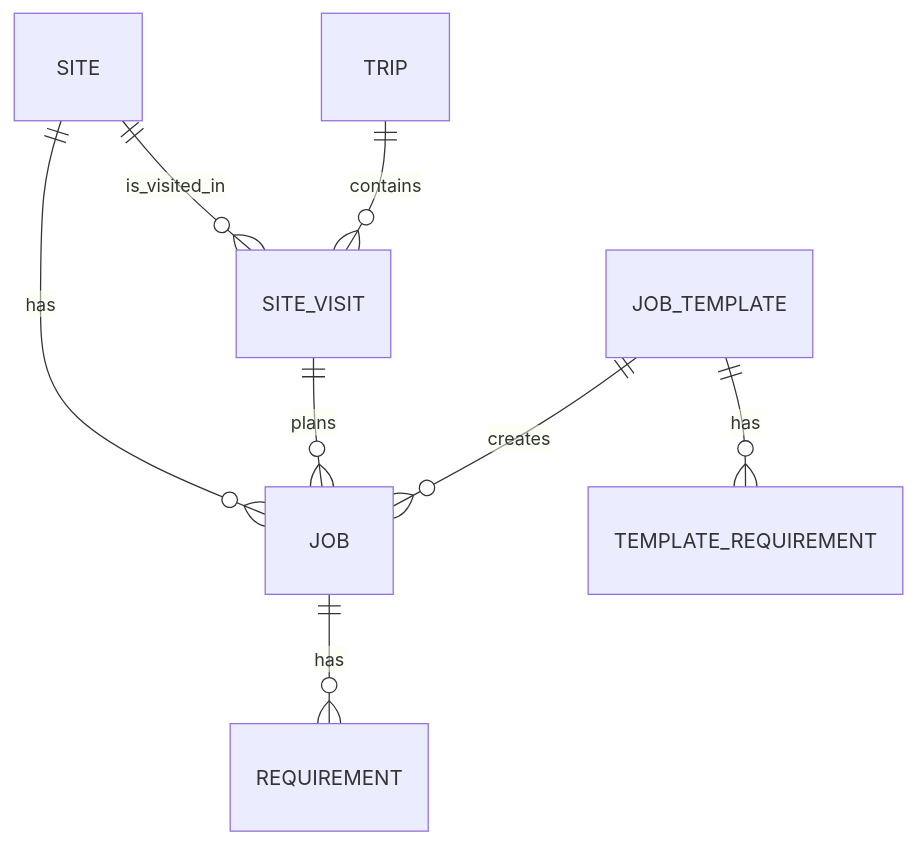
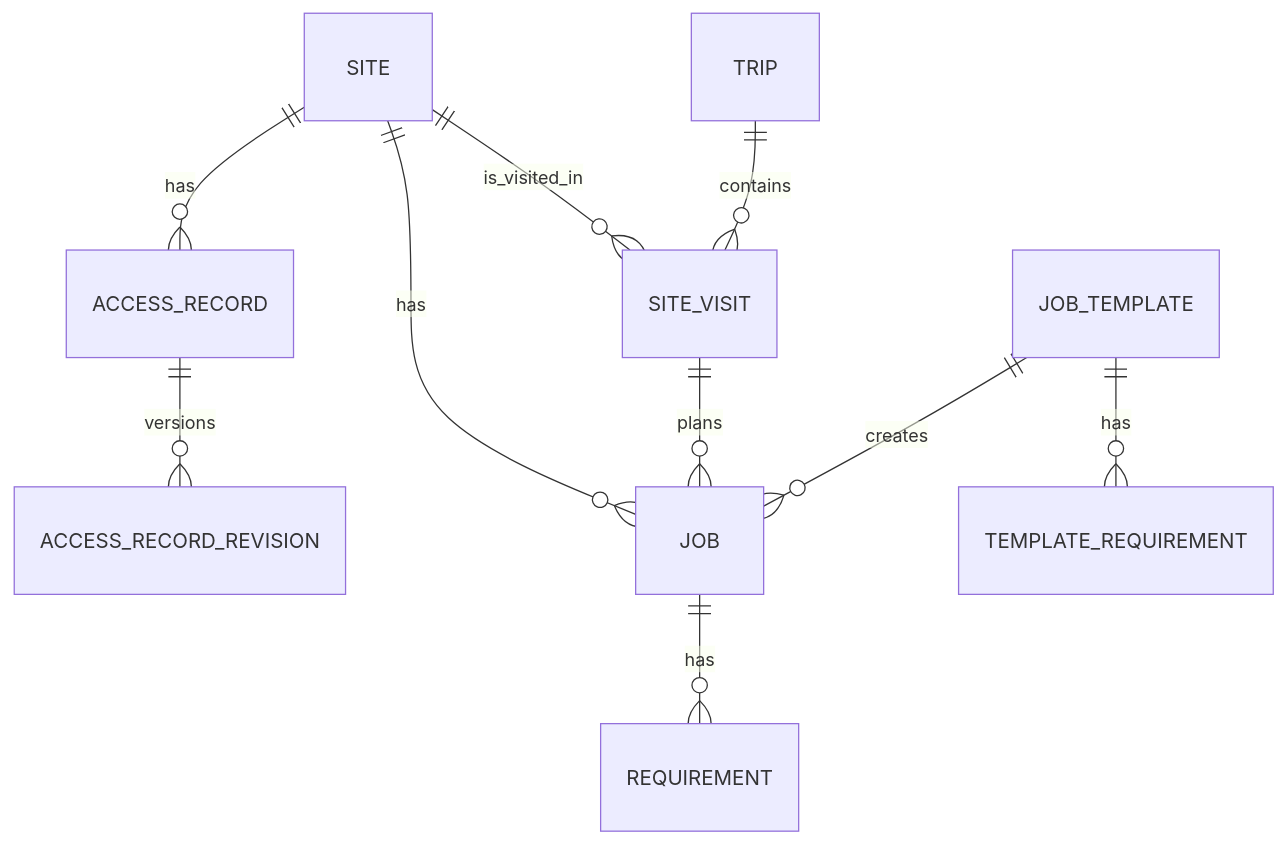
The diagram in README.md (reuben-harris/AccessAtlas), drawn with Mermaid before and after one commit. The commit also changed other lines of this file, not shown here.

Commit message:
docs(readme): add access records to product summary

````diff
--- a/README.md
+++ b/README.md
@@ -20,10 +22,12 @@
 ```mermaid
 erDiagram
+    SITE ||--o{ ACCESS_RECORD : has
+    ACCESS_RECORD ||--o{ ACCESS_RECORD_REVISION : versions
     SITE ||--o{ JOB : has
     SITE ||--o{ SITE_VISIT : is_visited_in
     TRIP ||--o{ SITE_VISIT : contains
     SITE_VISIT ||--o{ JOB : plans
     JOB_TEMPLATE ||--o{ JOB : creates
     JOB_TEMPLATE ||--o{ TEMPLATE_REQUIREMENT : has
     JOB ||--o{ REQUIREMENT : has
 ```
````
